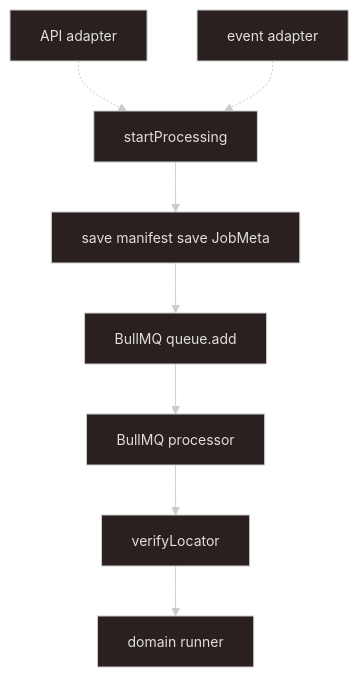
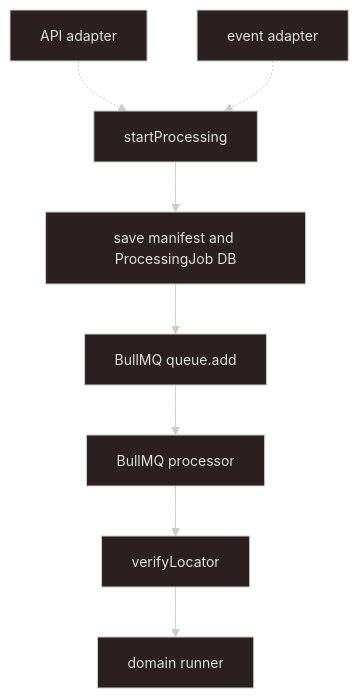
The diagram in .cursor/skills/async-processing/SKILL.md (kyung-lee-official/turborepo-sandbox), drawn with Mermaid before and after one commit. The commit also changed other lines of this file, not shown here.

Commit message:
feat: update async-processing skill docs to reflect DB-first processing records and Redis-only for queue/progress

````diff
--- a/.cursor/skills/async-processing/SKILL.md
+++ b/.cursor/skills/async-processing/SKILL.md
@@ -26,23 +26,23 @@
 ```mermaid
 ---
 config:
   theme: neo-dark
 ---
 flowchart TD
   apiAdp["API adapter"]
   eventAdp["event adapter"]
   start["startProcessing"]
-  manifest["save manifest save JobMeta"]
+  persist["save manifest and ProcessingJob DB"]
   enqueue["BullMQ queue.add"]
   worker["BullMQ processor"]
   verify["verifyLocator"]
   domain["domain runner"]
 
   apiAdp -.-> start
   eventAdp -.-> start
-  start --> manifest
-  manifest --> enqueue
+  start --> persist
+  persist --> enqueue
   enqueue --> worker
   worker --> verify
   verify --> domain
 ```
````
